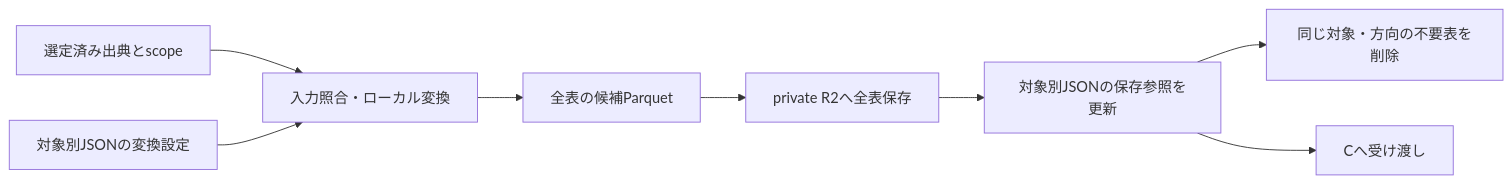
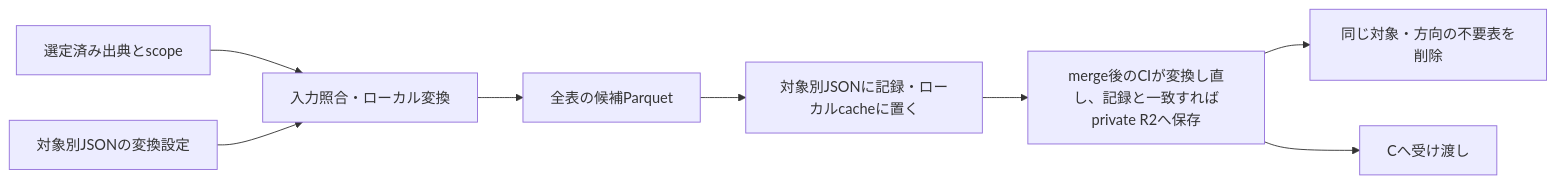
The diagram in docs/prd/ingestion-storage/dd.md (fudoki-hensansitu/fudoki), drawn with Mermaid before and after one commit. The commit also changed other lines of this file and 19 other files, not shown here.

````diff
--- a/docs/prd/ingestion-storage/dd.md
+++ b/docs/prd/ingestion-storage/dd.md
@@ -28,10 +28,10 @@
 ```mermaid
 flowchart LR
   A[選定済み出典とscope] --> B[入力照合・ローカル変換]
   J[対象別JSONの変換設定] --> B
   B --> P[全表の候補Parquet]
-  P --> R[private R2へ全表保存]
-  R --> M[対象別JSONの保存参照を更新]
-  M --> D[同じ対象・方向の不要表を削除]
-  M --> C[Cへ受け渡し]
+  P --> M[対象別JSONに記録・ローカルcacheに置く]
+  M --> S[merge後のCIが変換し直し、記録と一致すればprivate R2へ保存]
+  S --> D[同じ対象・方向の不要表を削除]
+  S --> C[Cへ受け渡し]
 ```
````
